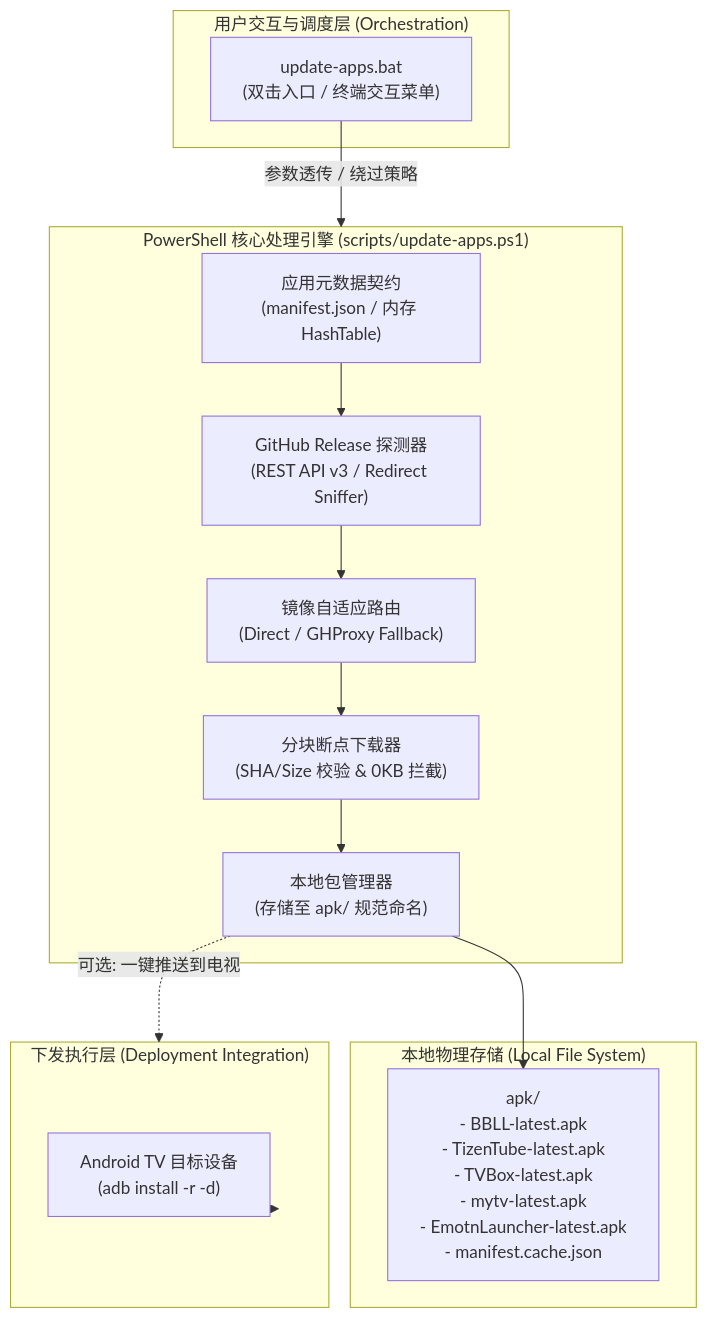
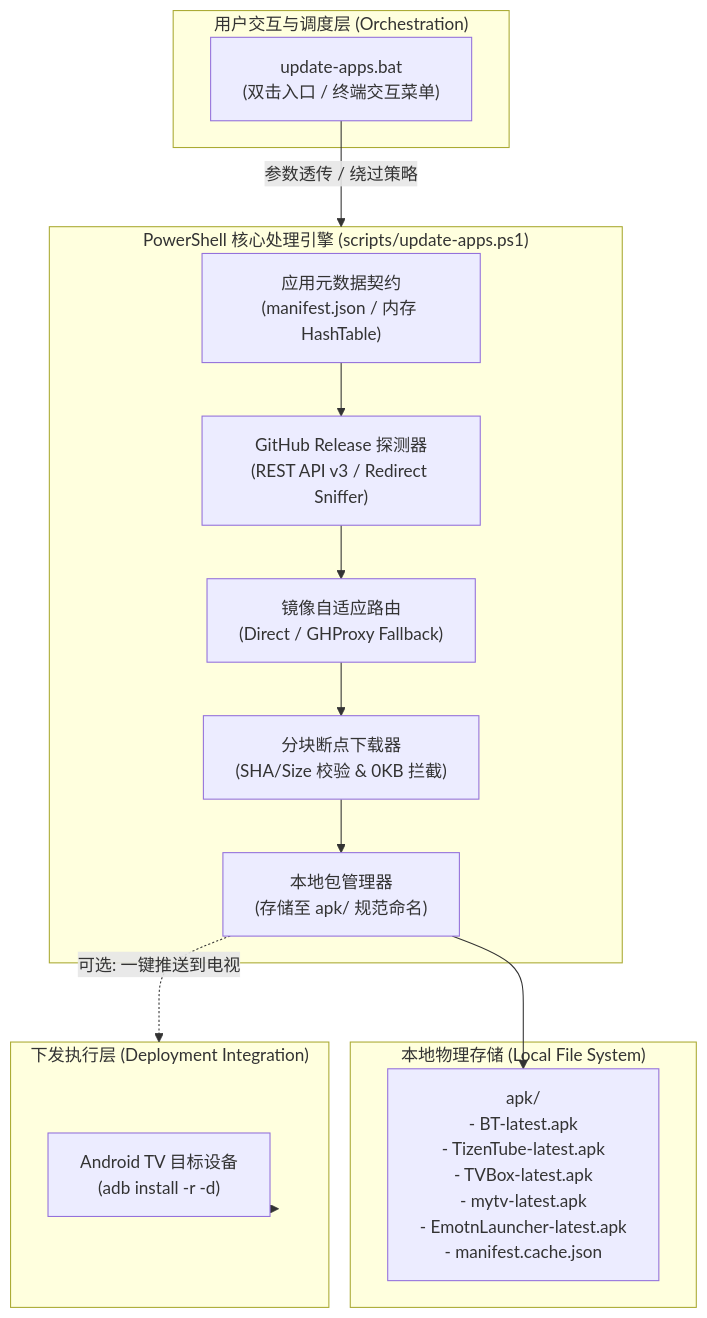
Before and after one commit to TREYWANGCQU/androidTV: the first of 2 diagrams in doc/feat/01_app_auto_update_scheme.md, drawn with Mermaid. The commit also changed other lines of this file and 3 other files, not shown here.

````diff
--- a/doc/feat/01_app_auto_update_scheme.md
+++ b/doc/feat/01_app_auto_update_scheme.md
@@ -48,31 +51,31 @@
 ```mermaid
 flowchart TD
     subgraph UI ["用户交互与调度层 (Orchestration)"]
         BAT["update-apps.bat\n(双击入口 / 终端交互菜单)"]
     end
 
     subgraph Core ["PowerShell 核心处理引擎 (scripts/update-apps.ps1)"]
         Config["应用元数据契约\n(manifest.json / 内存 HashTable)"]
         API["GitHub Release 探测器\n(REST API v3 / Redirect Sniffer)"]
         Mirror["镜像自适应路由\n(Direct / GHProxy Fallback)"]
         Downloader["分块断点下载器\n(SHA/Size 校验 & 0KB 拦截)"]
         Storage["本地包管理器\n(存储至 apk/ 规范命名)"]
     end
 
     subgraph Host ["本地物理存储 (Local File System)"]
-        APK_DIR["apk/\n- BBLL-latest.apk\n- TizenTube-latest.apk\n- TVBox-latest.apk\n- mytv-latest.apk\n- EmotnLauncher-latest.apk\n- manifest.cache.json"]
+        APK_DIR["apk/\n- BT-latest.apk\n- TizenTube-latest.apk\n- TVBox-latest.apk\n- mytv-latest.apk\n- EmotnLauncher-latest.apk\n- manifest.cache.json"]
     end
 
     subgraph ADB ["下发执行层 (Deployment Integration)"]
         TV["Android TV 目标设备\n(adb install -r -d)"]
     end
 
     BAT -->|参数透传 / 绕过策略| Core
     Config --> API
     API --> Mirror
     Mirror --> Downloader
     Downloader --> Storage
     Storage --> APK_DIR
     Storage -.->|可选: 一键推送到电视| ADB
     ADB --> TV
 ```
````
